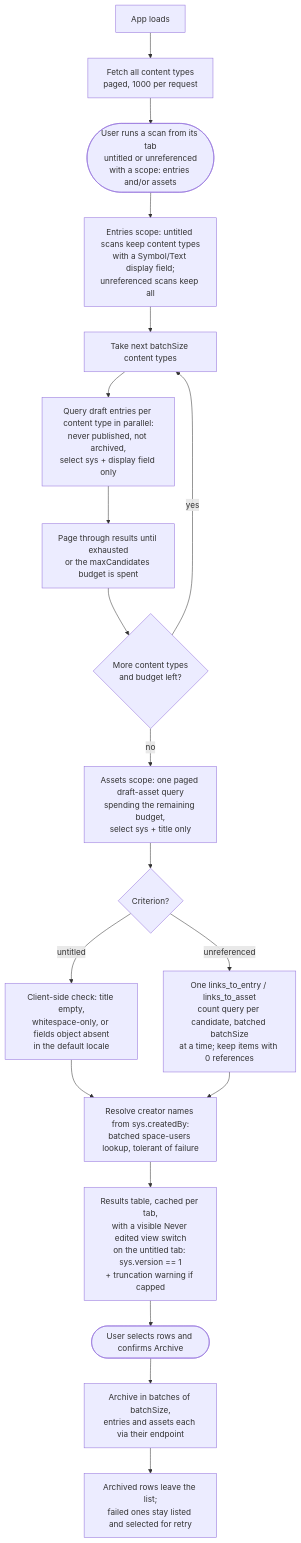
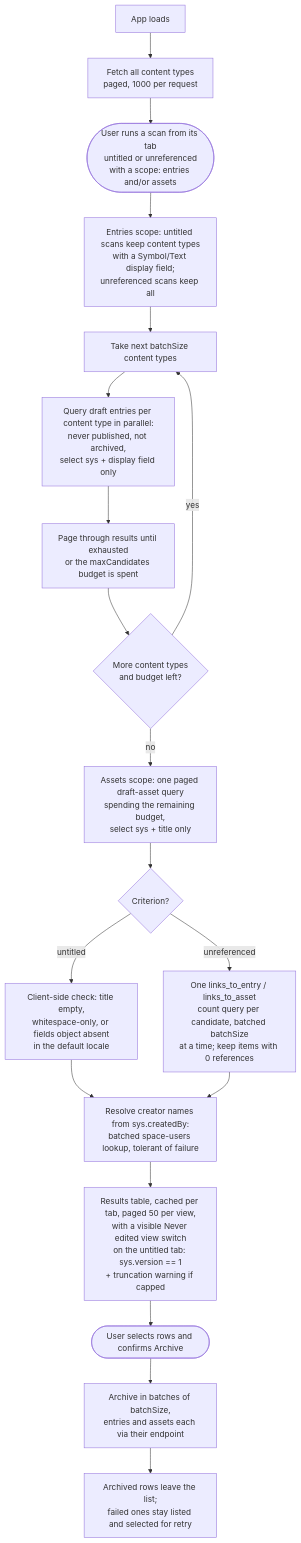
The diagram in apps/find-orphans/README.md (contentful/apps), drawn with Mermaid before and after one commit. The commit also changed other lines of this file and 8 other files, not shown here.

````diff
--- a/apps/find-orphans/README.md
+++ b/apps/find-orphans/README.md
@@ -103,21 +124,21 @@
 ```mermaid
 flowchart TD
     Load[App loads] --> FetchCT[Fetch all content types<br/>paged, 1000 per request]
     FetchCT --> Scan([User runs a scan from its tab<br/>untitled or unreferenced<br/>with a scope: entries and/or assets])
     Scan --> Filter[Entries scope: untitled scans keep content types<br/>with a Symbol/Text display field;<br/>unreferenced scans keep all]
     Filter --> Chunk[Take next batchSize content types]
     Chunk --> Query[Query draft entries per content type in parallel:<br/>never published, not archived,<br/>select sys + display field only]
     Query --> Pages[Page through results until exhausted<br/>or the maxCandidates budget is spent]
     Pages --> More{More content types<br/>and budget left?}
     More -- yes --> Chunk
     More -- no --> AssetStep[Assets scope: one paged draft-asset query<br/>spending the remaining budget,<br/>select sys + title only]
     AssetStep --> Criterion{Criterion?}
     Criterion -- untitled --> Check[Client-side check: title empty,<br/>whitespace-only, or fields object absent<br/>in the default locale]
     Check --> Resolve
     Criterion -- unreferenced --> RefCount[One links_to_entry / links_to_asset<br/>count query per candidate, batched batchSize<br/>at a time; keep items with 0 references]
     RefCount --> Resolve[Resolve creator names from sys.createdBy:<br/>batched space-users lookup, tolerant of failure]
-    Resolve --> Results[Results table, cached per tab,<br/>with a visible Never edited view switch<br/>on the untitled tab: sys.version == 1<br/>+ truncation warning if capped]
+    Resolve --> Results[Results table, cached per tab, paged 50 per view,<br/>with a visible Never edited view switch<br/>on the untitled tab: sys.version == 1<br/>+ truncation warning if capped]
     Results --> Archive([User selects rows and confirms Archive])
     Archive --> Batches[Archive in batches of batchSize,<br/>entries and assets each via their endpoint]
     Batches --> Done[Archived rows leave the list;<br/>failed ones stay listed and selected for retry]
 ```
````
